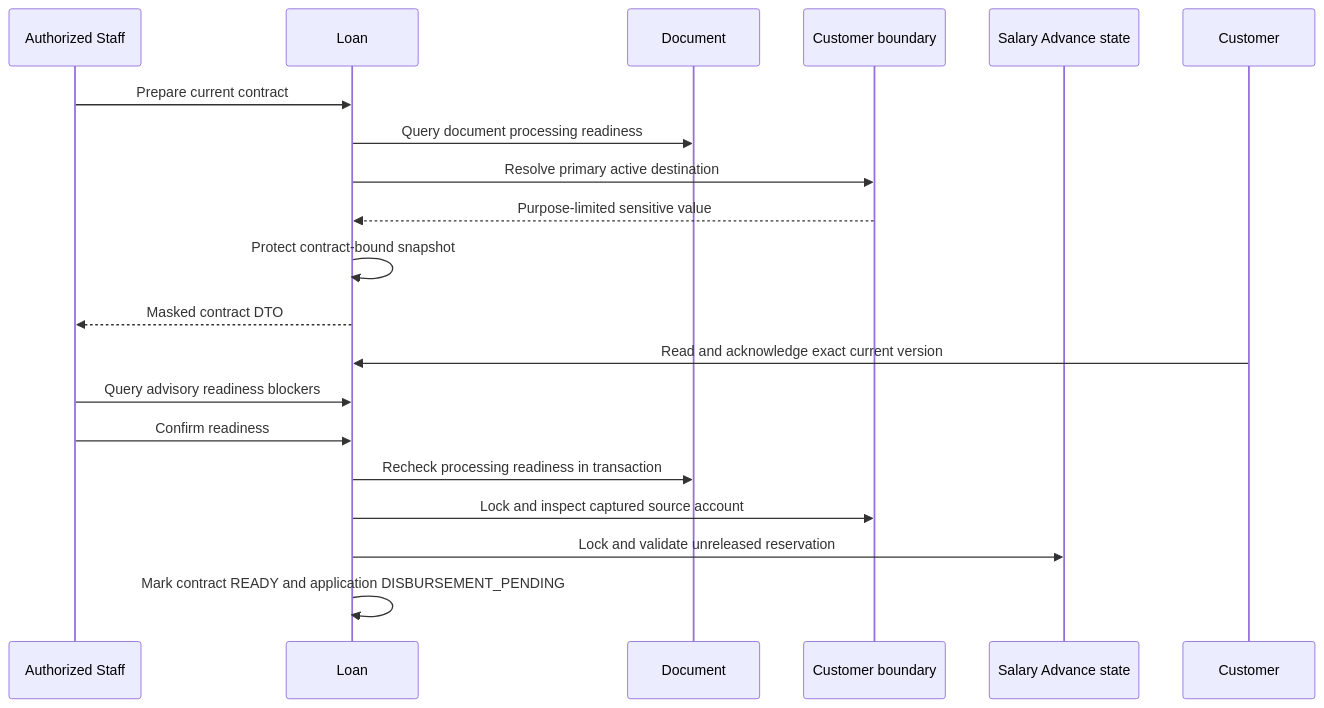
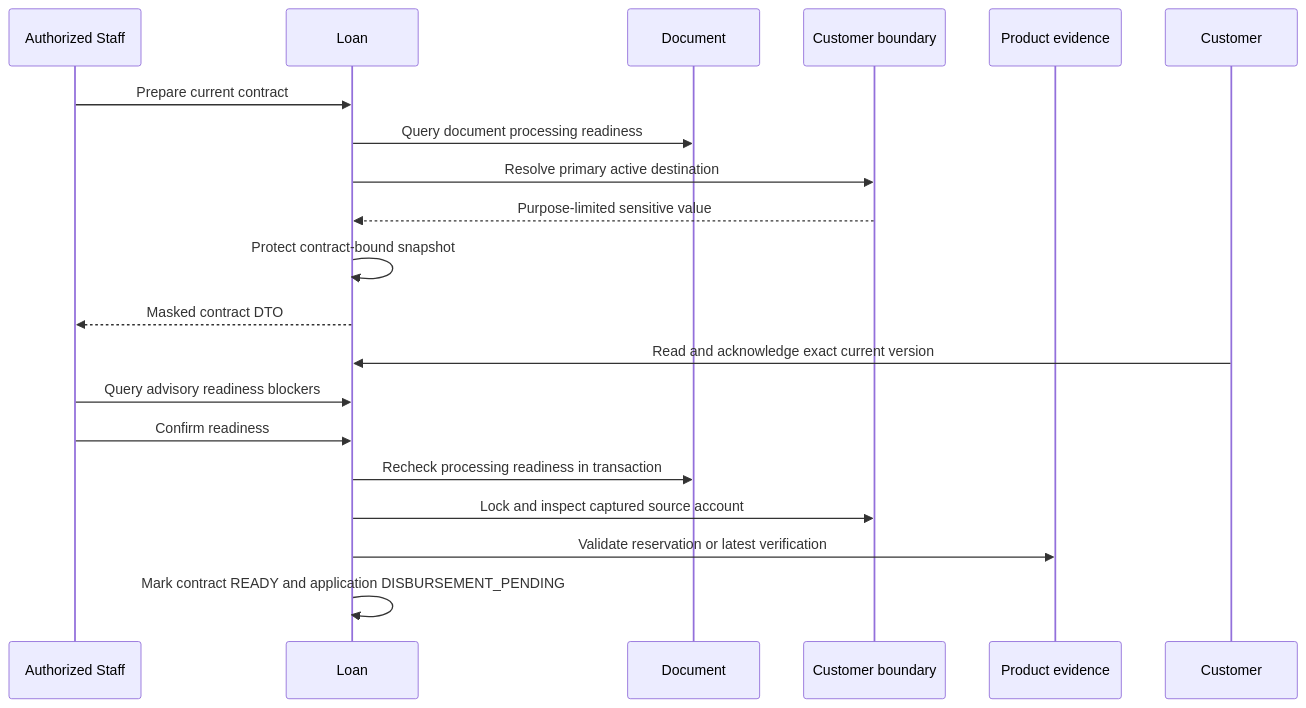
One commit to dongduy-dev/meridian-finance changed the seventh of 9 diagrams in docs/architecture/MER-ARCH-006-api-request-flow-and-dependencies.md. Above: the diagram before and after it, drawn with Mermaid. The commit also changed other lines of this file and 20 other files, not shown here.

````diff
--- a/docs/architecture/MER-ARCH-006-api-request-flow-and-dependencies.md
+++ b/docs/architecture/MER-ARCH-006-api-request-flow-and-dependencies.md
@@ -320,23 +320,23 @@
 ```mermaid
 sequenceDiagram
     participant A as Authorized Staff
     participant L as Loan
     participant D as Document
     participant C as Customer boundary
-    participant S as Salary Advance state
+    participant P as Product evidence
     participant U as Customer
 
     A->>L: Prepare current contract
     L->>D: Query document processing readiness
     L->>C: Resolve primary active destination
     C-->>L: Purpose-limited sensitive value
     L->>L: Protect contract-bound snapshot
     L-->>A: Masked contract DTO
     U->>L: Read and acknowledge exact current version
     A->>L: Query advisory readiness blockers
     A->>L: Confirm readiness
     L->>D: Recheck processing readiness in transaction
     L->>C: Lock and inspect captured source account
-    L->>S: Lock and validate unreleased reservation
+    L->>P: Validate reservation or latest verification
     L->>L: Mark contract READY and application DISBURSEMENT_PENDING
 ```
````
